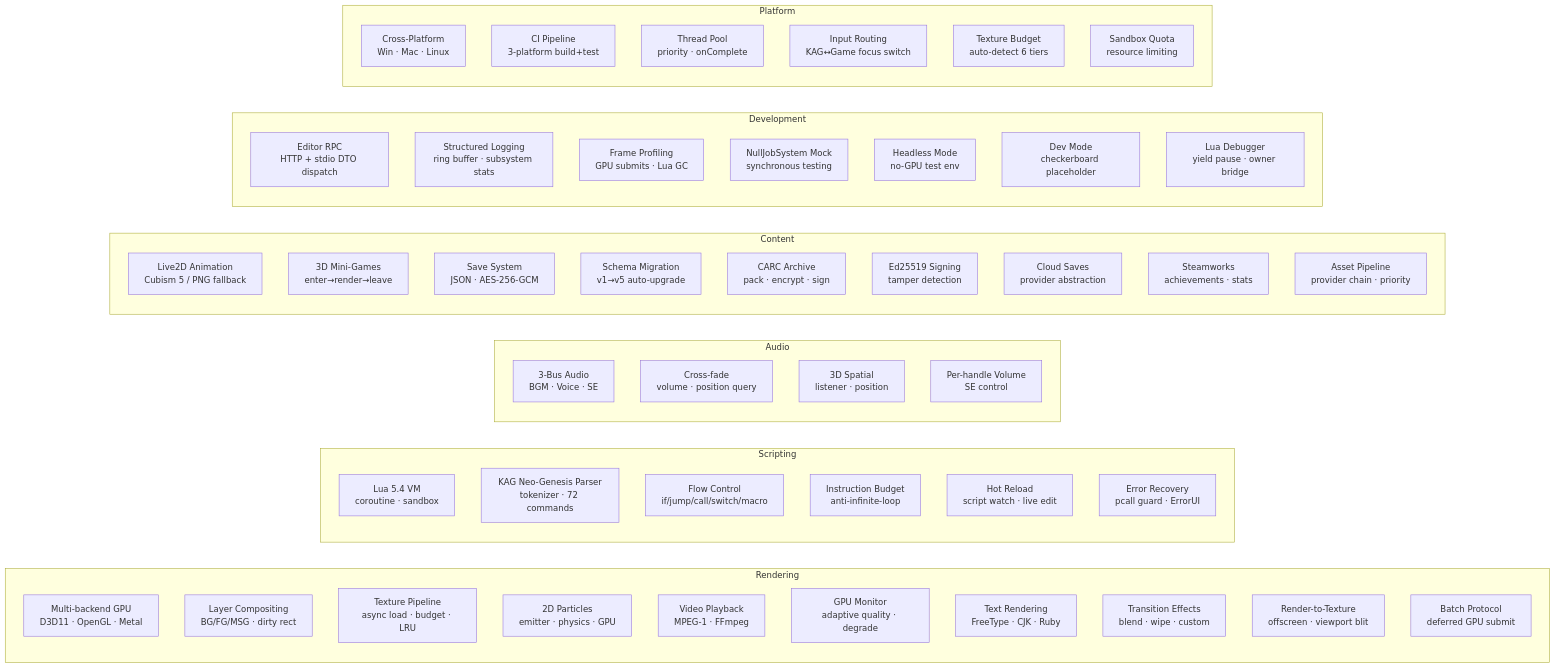
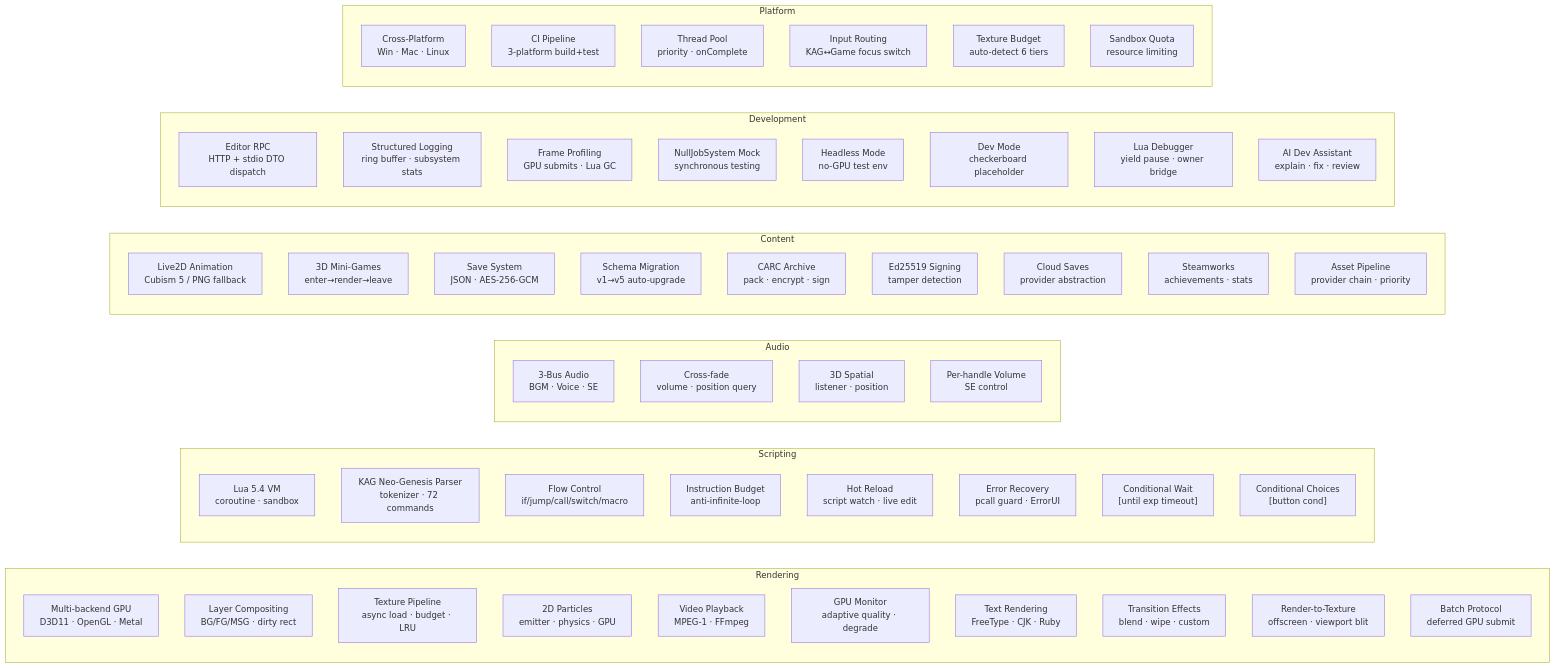
The diagram in docs/design/engine-capability-matrix.md (ailiasdesu/Caesura-AmeKAG), drawn with Mermaid before and after one commit. The commit also changed other lines of this file and 1 other file, not shown here.

First line of the commit message:
docs(plans): round 5 delivery — 2d expression power, 4e AI dev assist, 4a runtime verified

````diff
--- a/docs/design/engine-capability-matrix.md
+++ b/docs/design/engine-capability-matrix.md
@@ -17,62 +17,65 @@
 ```mermaid
 graph LR
     subgraph "Rendering"
         r1["Multi-backend GPU<br/>D3D11 · OpenGL · Metal"]
         r2["Layer Compositing<br/>BG/FG/MSG · dirty rect"]
         r3["Texture Pipeline<br/>async load · budget · LRU"]
         r4["2D Particles<br/>emitter · physics · GPU"]
         r5["Video Playback<br/>MPEG-1 · FFmpeg"]
         r6["GPU Monitor<br/>adaptive quality · degrade"]
         r7["Text Rendering<br/>FreeType · CJK · Ruby"]
         r8["Transition Effects<br/>blend · wipe · custom"]
         r9["Render-to-Texture<br/>offscreen · viewport blit"]
         r10["Batch Protocol<br/>deferred GPU submit"]
     end
 
     subgraph "Scripting"
         s1["Lua 5.4 VM<br/>coroutine · sandbox"]
         s2["KAG Neo-Genesis Parser<br/>tokenizer · 72 commands"]
         s3["Flow Control<br/>if/jump/call/switch/macro"]
         s4["Instruction Budget<br/>anti-infinite-loop"]
         s5["Hot Reload<br/>script watch · live edit"]
         s6["Error Recovery<br/>pcall guard · ErrorUI"]
+        s7["Conditional Wait<br/>[until exp timeout]"]
+        s8["Conditional Choices<br/>[button cond]"]
     end
 
     subgraph "Audio"
         a1["3-Bus Audio<br/>BGM · Voice · SE"]
         a2["Cross-fade<br/>volume · position query"]
         a3["3D Spatial<br/>listener · position"]
         a4["Per-handle Volume<br/>SE control"]
     end
 
     subgraph "Content"
         c1["Live2D Animation<br/>Cubism 5 / PNG fallback"]
         c2["3D Mini-Games<br/>enter→render→leave"]
         c3["Save System<br/>JSON · AES-256-GCM"]
         c4["Schema Migration<br/>v1→v5 auto-upgrade"]
         c5["CARC Archive<br/>pack · encrypt · sign"]
         c6["Ed25519 Signing<br/>tamper detection"]
         c7["Cloud Saves<br/>provider abstraction"]
         c8["Steamworks<br/>achievements · stats"]
         c9["Asset Pipeline<br/>provider chain · priority"]
     end
 
     subgraph "Development"
         d1["Editor RPC<br/>HTTP + stdio DTO dispatch"]
         d2["Structured Logging<br/>ring buffer · subsystem stats"]
         d3["Frame Profiling<br/>GPU submits · Lua GC"]
         d4["NullJobSystem Mock<br/>synchronous testing"]
         d5["Headless Mode<br/>no-GPU test env"]
         d6["Dev Mode<br/>checkerboard placeholder"]
         d7["Lua Debugger<br/>yield pause · owner bridge"]
+        d8["AI Dev Assistant<br/>explain · fix · review"]
     end
 
     subgraph "Platform"
         p1["Cross-Platform<br/>Win · Mac · Linux"]
         p2["CI Pipeline<br/>3-platform build+test"]
         p3["Thread Pool<br/>priority · onComplete"]
         p4["Input Routing<br/>KAG↔Game focus switch"]
         p5["Texture Budget<br/>auto-detect 6 tiers"]
         p6["Sandbox Quota<br/>resource limiting"]
     end
 ```
````
